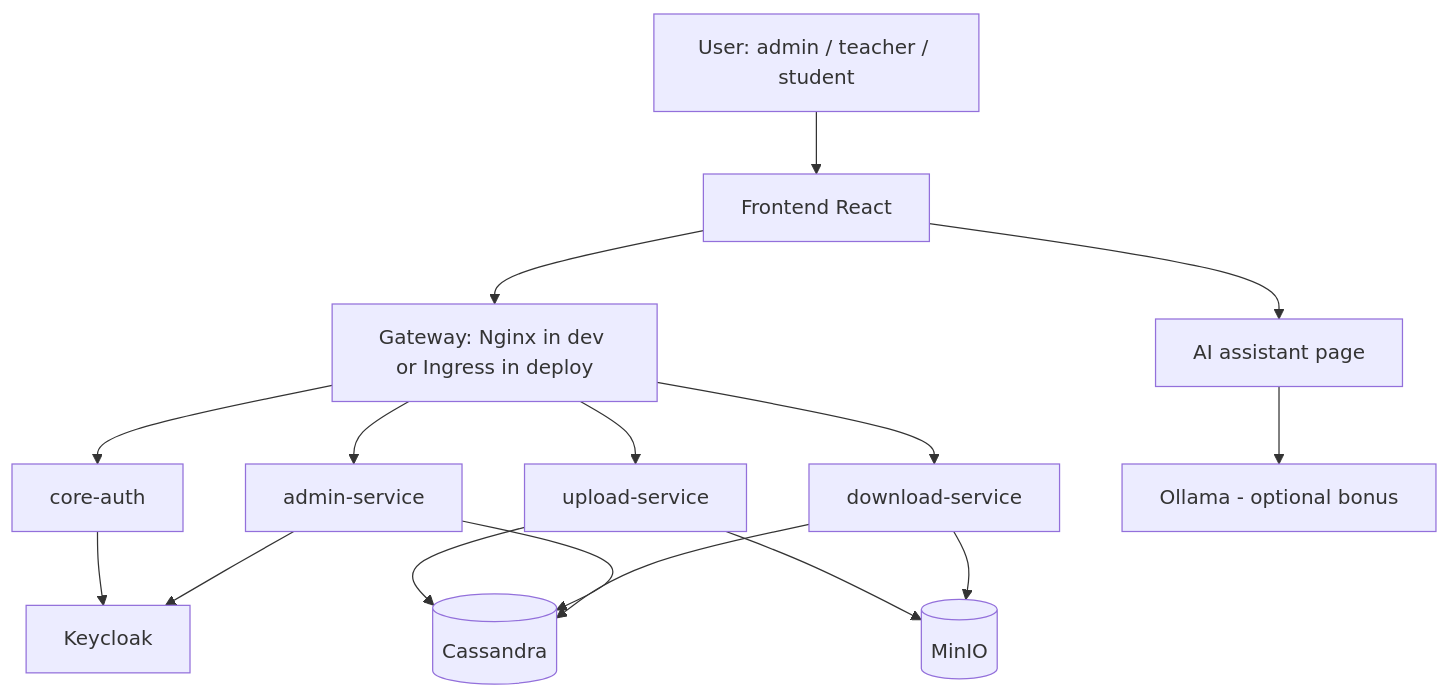
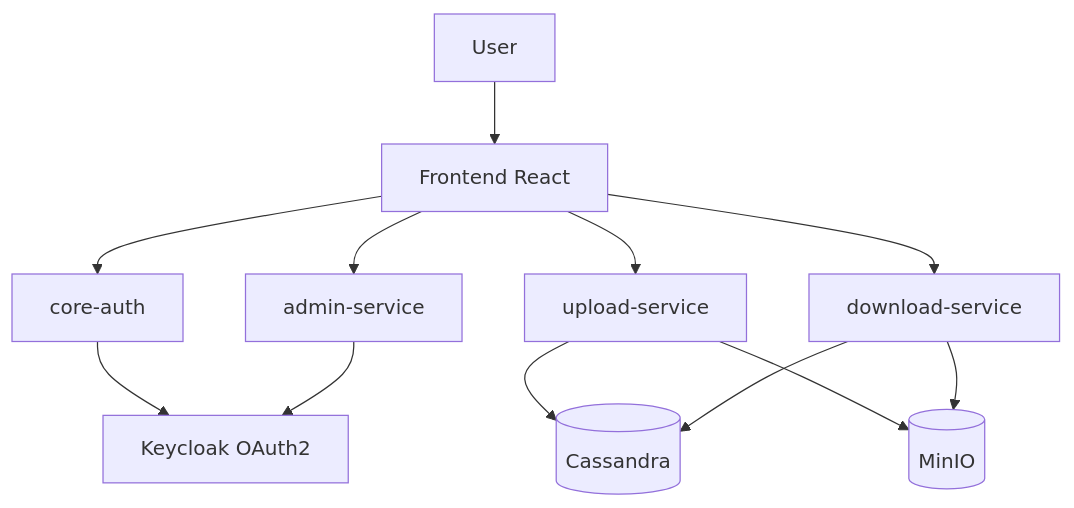
Before and after one commit to SamirEzzahir/ent-est-sale: the diagram in docs/ENT_PROPOSAL_V3_REVIEWED.md, drawn with Mermaid. The commit also changed other lines of this file and 53 other files, not shown here.

````diff
--- a/docs/ENT_PROPOSAL_V3_REVIEWED.md
+++ b/docs/ENT_PROPOSAL_V3_REVIEWED.md
@@ -91,21 +93,16 @@
 ```mermaid
 flowchart TD
-    U[User: admin / teacher / student] --> FE[Frontend React]
-    FE --> GW[Gateway: Nginx in dev or Ingress in deploy]
+    U[User] --> FE[Frontend React]
 
-    GW --> AUTH[core-auth]
-    GW --> UP[upload-service]
-    GW --> DOWN[download-service]
-    GW --> ADM[admin-service]
+    FE --> AUTH[core-auth]
+    FE --> UP[upload-service]
+    FE --> DOWN[download-service]
+    FE --> ADM[admin-service]
 
-    AUTH --> KC[Keycloak]
+    AUTH --> KC[Keycloak OAuth2]
     UP --> CA[(Cassandra)]
     UP --> MI[(MinIO)]
     DOWN --> CA
     DOWN --> MI
     ADM --> KC
-    ADM --> CA
-
-    FE --> AI[AI assistant page]
-    AI --> OLL[Ollama - optional bonus]
 ```
````
